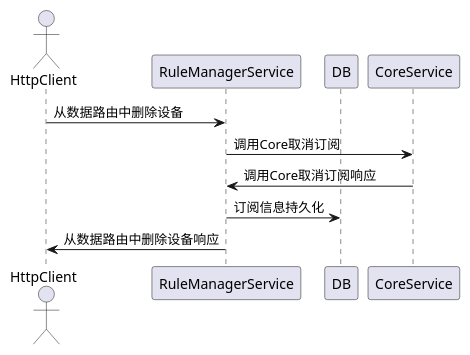
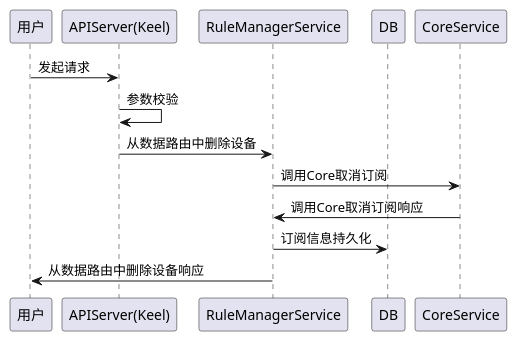
Before and after one commit to tkeel-io/docs: the eighth of 8 diagrams in docs/api/appendix/plantuml/rule_manager.md, drawn with PlantUML. The commit also changed other lines of this file and 2 other files, not shown here.

````diff
--- a/docs/api/appendix/plantuml/rule_manager.md
+++ b/docs/api/appendix/plantuml/rule_manager.md
@@ -117,13 +138,16 @@
 ```plantuml
 @startuml
-actor HttpClient
+participant "用户" as user
+participant "APIServer(Keel)"  as keel
 participant RuleManagerService
 participant DB
 
-HttpClient->RuleManagerService:从数据路由中删除设备
+user->keel: 发起请求
+keel->keel: 参数校验
+keel->RuleManagerService:从数据路由中删除设备
 RuleManagerService->CoreService:调用Core取消订阅
 RuleManagerService<-CoreService:调用Core取消订阅响应
 RuleManagerService->DB:订阅信息持久化
-HttpClient<-RuleManagerService:从数据路由中删除设备响应
+user<-RuleManagerService:从数据路由中删除设备响应
 @enduml
 ```
````
